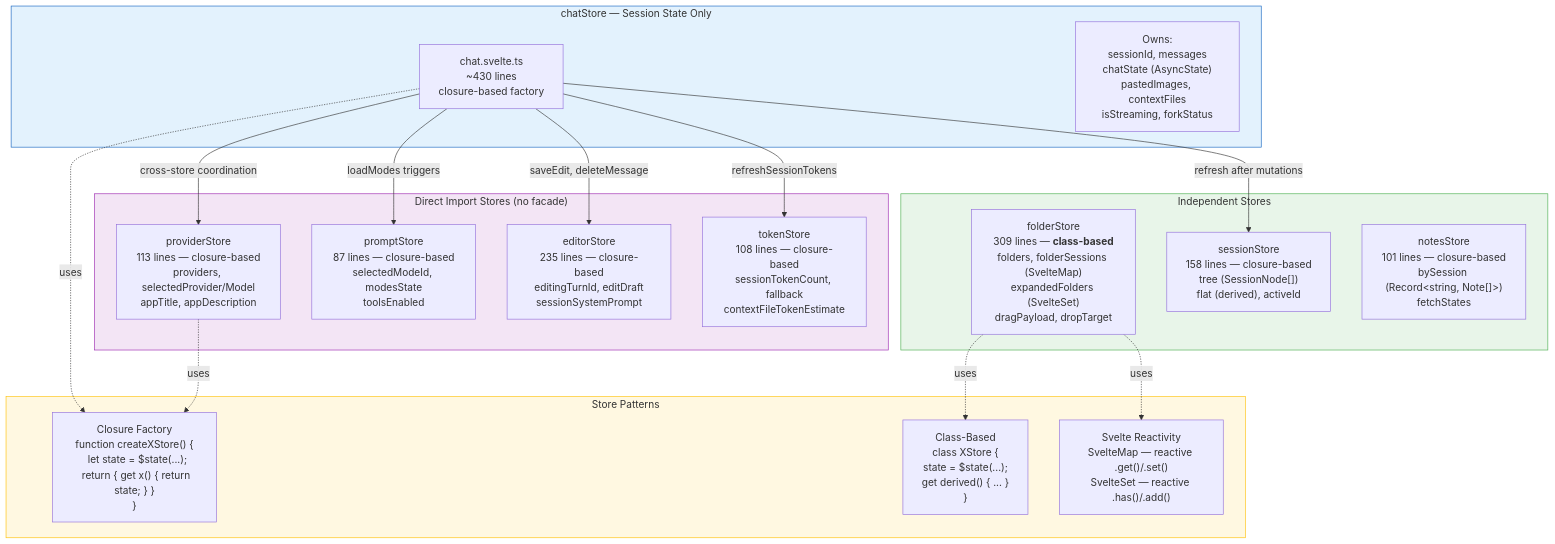
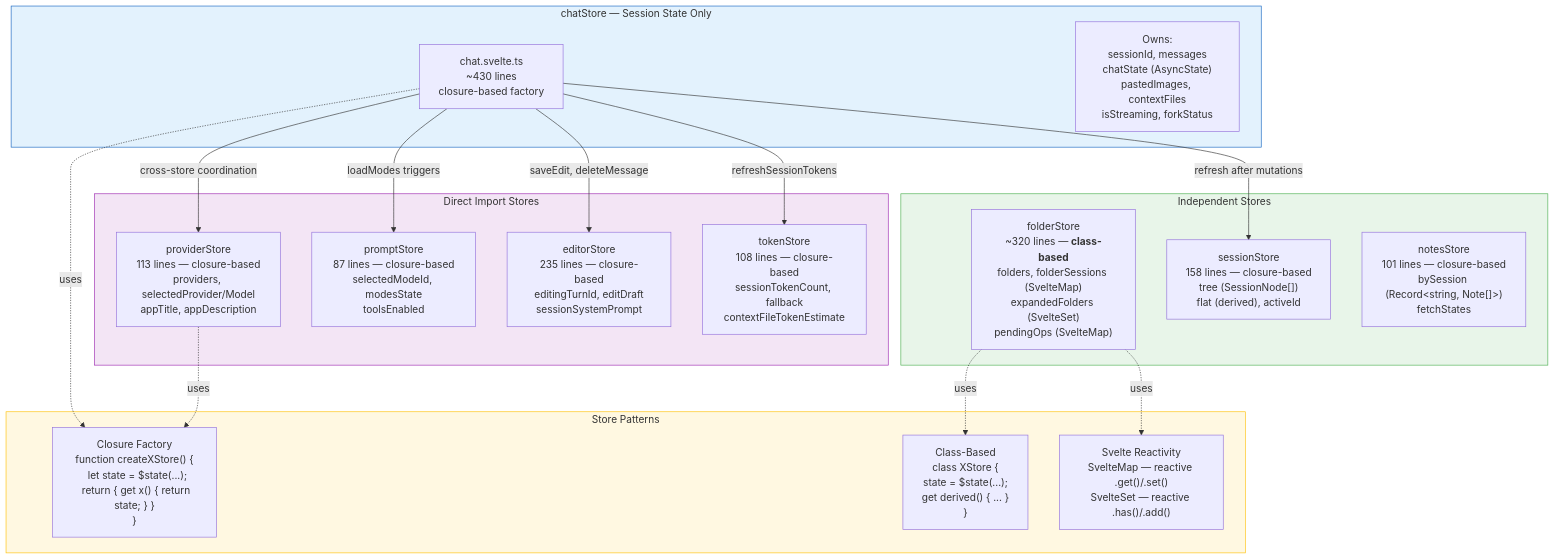
One commit to m1981/kuchnie changed the second of 12 diagrams in kitchen-agent/docs/specs/frontend-diagrams.md. Above: the diagram before and after it, drawn with Mermaid. The commit also changed other lines of this file and 1 other file, not shown here.

First line of the commit message:
docs: update architecture diagrams for refactor v2

````diff
--- a/kitchen-agent/docs/specs/frontend-diagrams.md
+++ b/kitchen-agent/docs/specs/frontend-diagrams.md
@@ -112,42 +133,42 @@
 ```mermaid
 graph TB
-    subgraph Facade["chatStore — Session State Only"]
+    subgraph ChatStore["chatStore — Session State Only"]
         ChatCore["chat.svelte.ts<br/>~430 lines<br/>closure-based factory"]
         ChatOwns["Owns:<br/>sessionId, messages<br/>chatState (AsyncState)<br/>pastedImages, contextFiles<br/>isStreaming, forkStatus"]
     end
 
-    subgraph DirectStores["Direct Import Stores (no facade)"]
+    subgraph DirectStores["Direct Import Stores"]
         ProviderStore["providerStore<br/>113 lines — closure-based<br/>providers, selectedProvider/Model<br/>appTitle, appDescription"]
         PromptStore["promptStore<br/>87 lines — closure-based<br/>selectedModeId, modesState<br/>toolsEnabled"]
         EditorStore["editorStore<br/>235 lines — closure-based<br/>editingTurnId, editDraft<br/>sessionSystemPrompt"]
         TokenStore["tokenStore<br/>108 lines — closure-based<br/>sessionTokenCount, fallback<br/>contextFileTokenEstimate"]
     end
 
     subgraph Independent["Independent Stores"]
-        FolderStore["folderStore<br/>309 lines — <b>class-based</b><br/>folders, folderSessions (SvelteMap)<br/>expandedFolders (SvelteSet)<br/>dragPayload, dropTarget"]
+        FolderStore["folderStore<br/>~320 lines — <b>class-based</b><br/>folders, folderSessions (SvelteMap)<br/>expandedFolders (SvelteSet)<br/>pendingOps (SvelteMap)"]
         SessionStore["sessionStore<br/>158 lines — closure-based<br/>tree (SessionNode[])<br/>flat (derived), activeId"]
         NotesStore["notesStore<br/>101 lines — closure-based<br/>bySession (Record&lt;string, Note[]&gt;)<br/>fetchStates"]
     end
 
     subgraph Patterns["Store Patterns"]
         Closure["Closure Factory<br/>function createXStore() {<br/>  let state = $state(...);<br/>  return { get x() { return state; } }<br/>}"]
         ClassBased["Class-Based<br/>class XStore {<br/>  state = $state(...);<br/>  get derived() { ... }<br/>}"]
         SvelteReactivity["Svelte Reactivity<br/>SvelteMap — reactive .get()/.set()<br/>SvelteSet — reactive .has()/.add()"]
     end
 
     ChatCore -->|"cross-store coordination"| ProviderStore
     ChatCore -->|"loadModes triggers"| PromptStore
     ChatCore -->|"saveEdit, deleteMessage"| EditorStore
     ChatCore -->|"refreshSessionTokens"| TokenStore
     ChatCore -->|"refresh after mutations"| SessionStore
 
     FolderStore -.->|"uses"| ClassBased
     FolderStore -.->|"uses"| SvelteReactivity
     ChatCore -.->|"uses"| Closure
     ProviderStore -.->|"uses"| Closure
 
-    style Facade fill:#e3f2fd,stroke:#1565C0
+    style ChatStore fill:#e3f2fd,stroke:#1565C0
     style DirectStores fill:#f3e5f5,stroke:#9C27B0
     style Independent fill:#e8f5e9,stroke:#4CAF50
     style Patterns fill:#fff8e1,stroke:#FFC107
 ```
````
